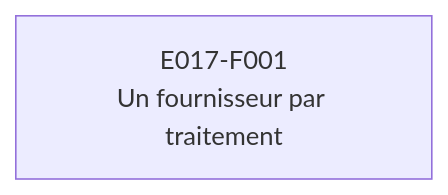
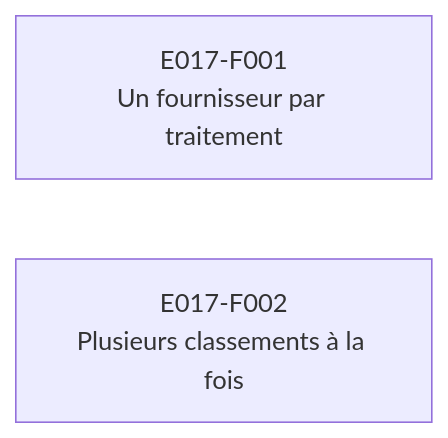
The diagram in Docs/epics/E017-traitements-ia-en-local-fournisseur.md (codengine-technologies/HealthPlatform.Forge), drawn with Mermaid before and after one commit. The commit also changed other lines of this file and 3 other files, not shown here.

Commit message:
docs(E017): v1.1 — plusieurs étiquetages à la fois sur le modèle local ; gabarit réordonné écarté par la garde (task-355)

````diff
--- a/Docs/epics/E017-traitements-ia-en-local-fournisseur.md
+++ b/Docs/epics/E017-traitements-ia-en-local-fournisseur.md
@@ -77,4 +78,5 @@
 ```mermaid
 graph LR
     F001[E017-F001<br>Un fournisseur par traitement]
+    F002[E017-F002<br>Plusieurs classements à la fois]
 ```
````
